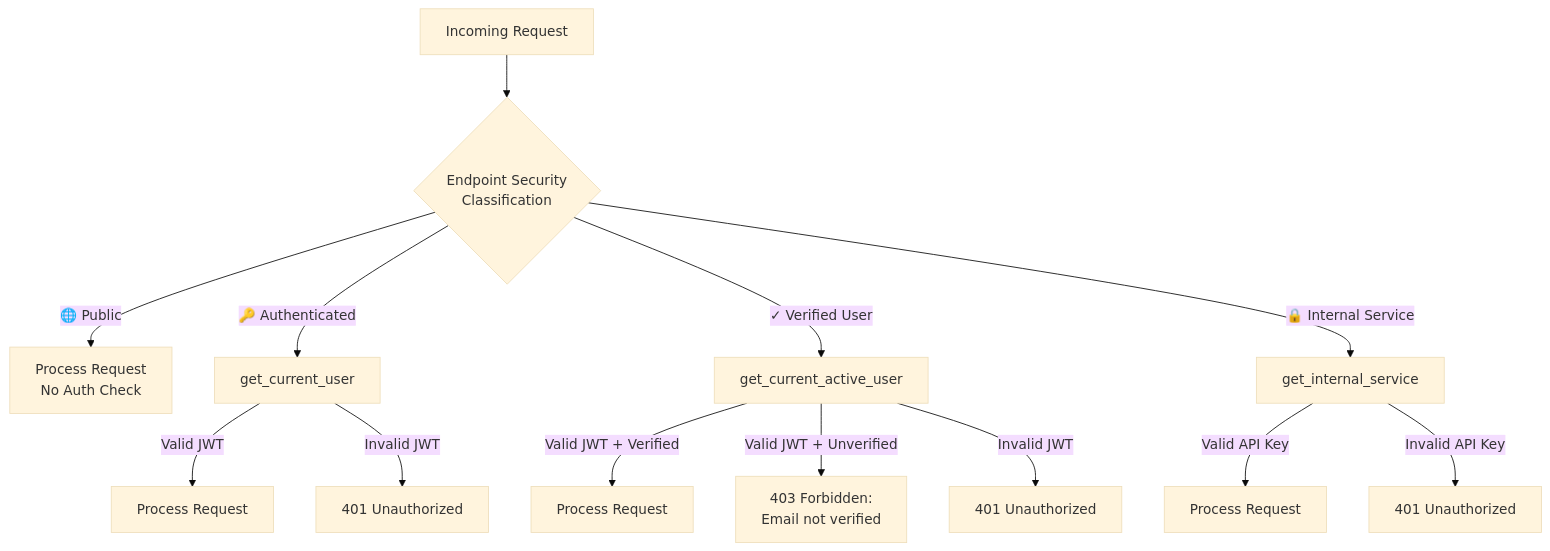
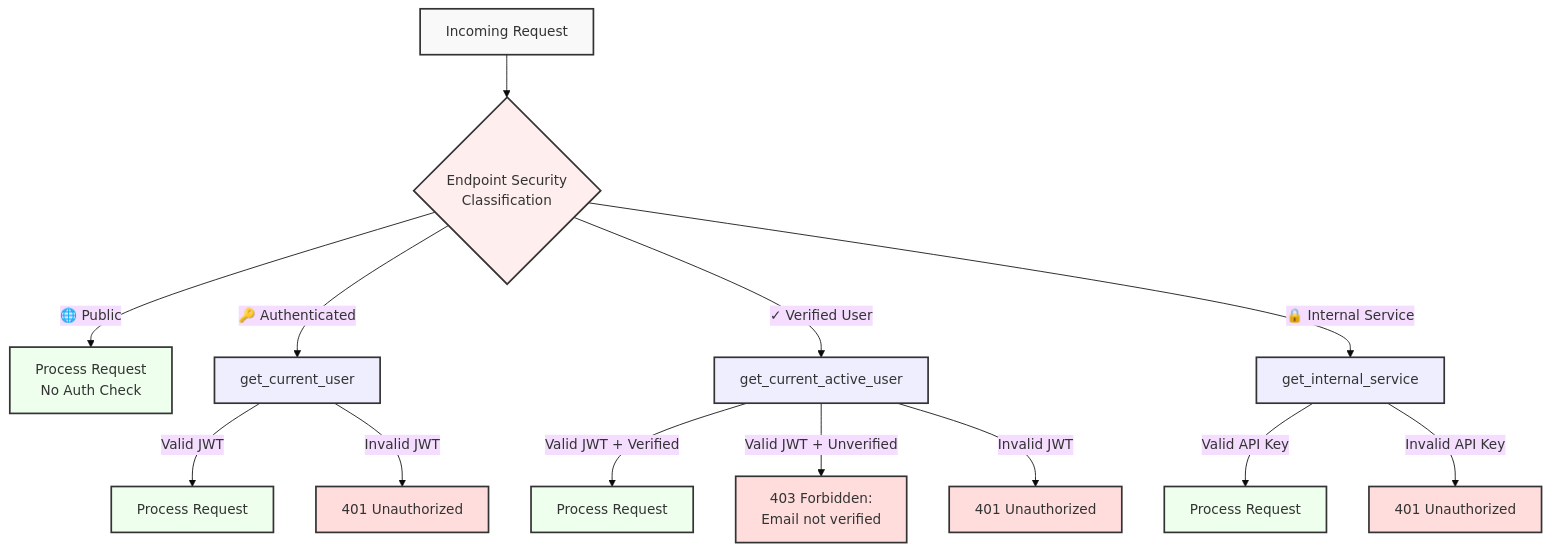
Before and after one commit to AIgen-Solutions-s-r-l/fastapi-auth-service: the sixth of 6 diagrams in README.md, drawn with Mermaid (base theme). The commit also changed other lines of this file, not shown here.

````diff
--- a/README.md
+++ b/README.md
@@ -228,19 +330,33 @@
 ```mermaid
 flowchart TB
     A[Incoming Request] --> B{Endpoint Security<br>Classification}
     
     B -->|🌐 Public| C[Process Request<br>No Auth Check]
     
     B -->|🔑 Authenticated| D[get_current_user]
     D -->|Valid JWT| E[Process Request]
     D -->|Invalid JWT| F[401 Unauthorized]
     
     B -->|✓ Verified User| G[get_current_active_user]
     G -->|Valid JWT + Verified| H[Process Request]
     G -->|Valid JWT + Unverified| I[403 Forbidden:<br>Email not verified]
     G -->|Invalid JWT| J[401 Unauthorized]
     
     B -->|🔒 Internal Service| K[get_internal_service]
     K -->|Valid API Key| L[Process Request]
     K -->|Invalid API Key| M[401 Unauthorized]
+    
+    style A fill:#f9f9f9,stroke:#333,stroke-width:2px
+    style B fill:#ffeeee,stroke:#333,stroke-width:2px
+    style C fill:#eeffee,stroke:#333,stroke-width:2px
+    style D fill:#eeeeff,stroke:#333,stroke-width:2px
+    style E fill:#eeffee,stroke:#333,stroke-width:2px
+    style F fill:#ffdddd,stroke:#333,stroke-width:2px
+    style G fill:#eeeeff,stroke:#333,stroke-width:2px
+    style H fill:#eeffee,stroke:#333,stroke-width:2px
+    style I fill:#ffdddd,stroke:#333,stroke-width:2px
+    style J fill:#ffdddd,stroke:#333,stroke-width:2px
+    style K fill:#eeeeff,stroke:#333,stroke-width:2px
+    style L fill:#eeffee,stroke:#333,stroke-width:2px
+    style M fill:#ffdddd,stroke:#333,stroke-width:2px
 ```
````
